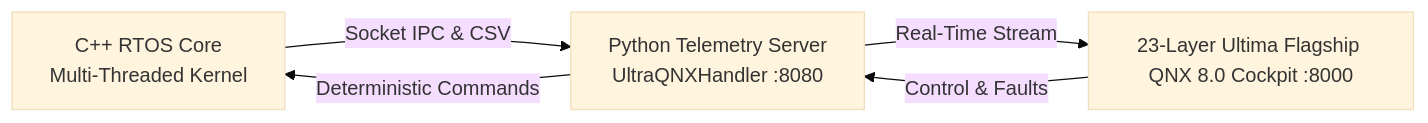
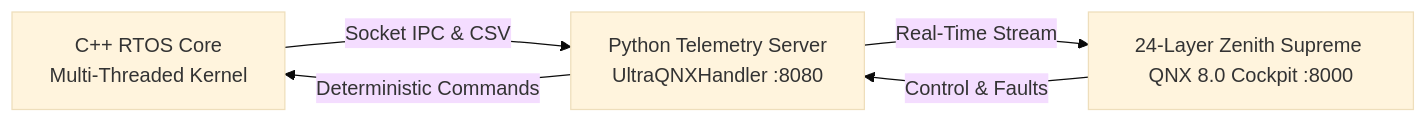
Before and after one commit to shaikhabdul2015-max/qnx-hackathon-project: the diagram in README.md, drawn with Mermaid (base theme). The commit also changed other lines of this file and 1 other file, not shown here.

Commit message:
Add Layer 24 Zenith Supreme: Anti-Hijack Lockdown, Microclimate AI, and Pitch Script

````diff
--- a/README.md
+++ b/README.md
@@ -9,7 +9,7 @@
 ```mermaid
 graph LR
     A[C++ RTOS Core<br/>Multi-Threaded Kernel] -->|Socket IPC & CSV| B[Python Telemetry Server<br/>UltraQNXHandler :8080]
-    B -->|Real-Time Stream| C[23-Layer Ultima Flagship QNX 8.0 Cockpit :8000]
+    B -->|Real-Time Stream| C[24-Layer Zenith Supreme QNX 8.0 Cockpit :8000]
     C -->|Control & Faults| B
     B -->|Deterministic Commands| A
 ```
````
